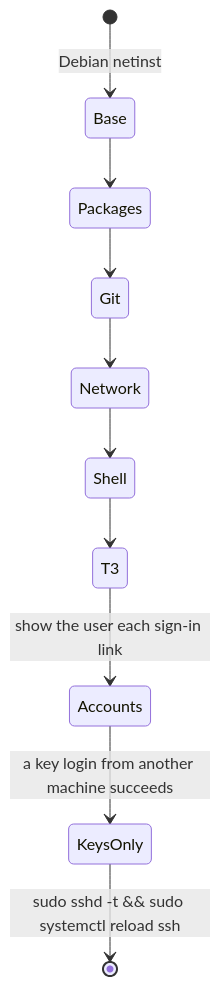
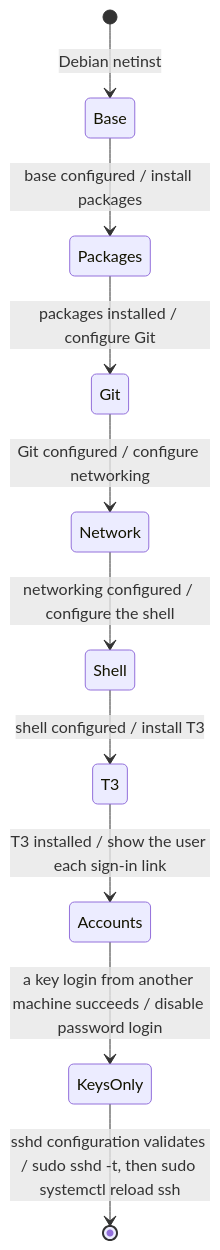
One commit to MP281X/deslop changed the fourth of 5 diagrams in .claude/skills/environment/references/maintenance.md. Above: the diagram before and after it, drawn with Mermaid. The commit also changed other lines of this file and 37 other files, not shown here.

````diff
--- a/.claude/skills/environment/references/maintenance.md
+++ b/.claude/skills/environment/references/maintenance.md
@@ -97,12 +100,12 @@
 ```mermaid
 stateDiagram-v2
     [*] --> Base : Debian netinst
-    Base --> Packages
-    Packages --> Git
-    Git --> Network
-    Network --> Shell
-    Shell --> T3
-    T3 --> Accounts : show the user each sign-in link
-    Accounts --> KeysOnly : a key login from another machine succeeds
-    KeysOnly --> [*] : sudo sshd -t && sudo systemctl reload ssh
+    Base --> Packages : base configured / install packages
+    Packages --> Git : packages installed / configure Git
+    Git --> Network : Git configured / configure networking
+    Network --> Shell : networking configured / configure the shell
+    Shell --> T3 : shell configured / install T3
+    T3 --> Accounts : T3 installed / show the user each sign-in link
+    Accounts --> KeysOnly : a key login from another machine succeeds / disable password login
+    KeysOnly --> [*] : sshd configuration validates / sudo sshd -t, then sudo systemctl reload ssh
 ```
````
